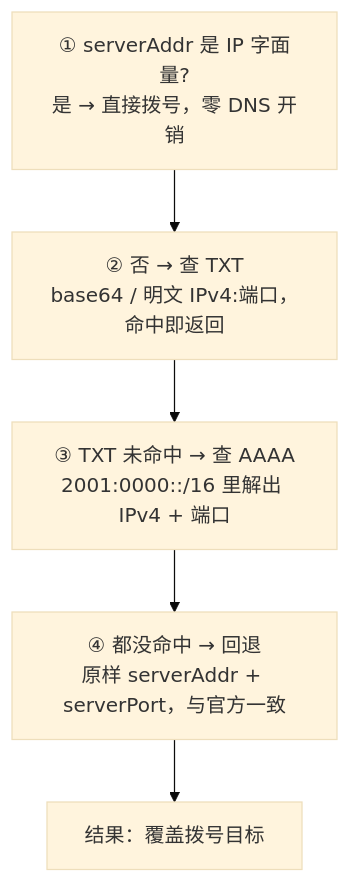
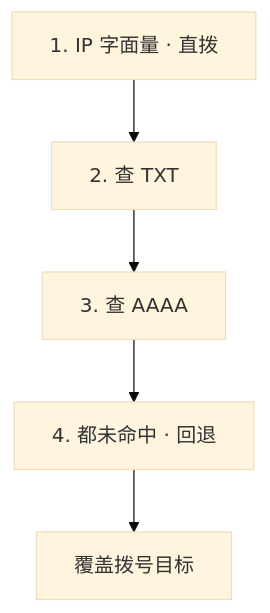
One commit to wengjing086/rust-frp-wss-ip4p changed the third of 3 diagrams in README.md. Above: the diagram before and after it, drawn with Mermaid (base theme). The commit also changed other lines of this file, not shown here.

Commit message:
docs(readme): 流程图节点改单行短标签，去掉 br 换行避免文字被截断

````diff
--- a/README.md
+++ b/README.md
@@ -167,9 +170,9 @@
 ```mermaid
 flowchart TB
-  A["① serverAddr 是 IP 字面量?<br/>是 → 直接拨号，零 DNS 开销"]
-  B["② 否 → 查 TXT<br/>base64 / 明文 IPv4:端口，命中即返回"]
-  C["③ TXT 未命中 → 查 AAAA<br/>2001:0000::/16 里解出 IPv4 + 端口"]
-  D["④ 都没命中 → 回退<br/>原样 serverAddr + serverPort，与官方一致"]
-  E["结果：覆盖拨号目标"]
+  A["1. IP 字面量 · 直拨"]
+  B["2. 查 TXT"]
+  C["3. 查 AAAA"]
+  D["4. 都未命中 · 回退"]
+  E["覆盖拨号目标"]
   A --> B --> C --> D --> E
 ```
````
